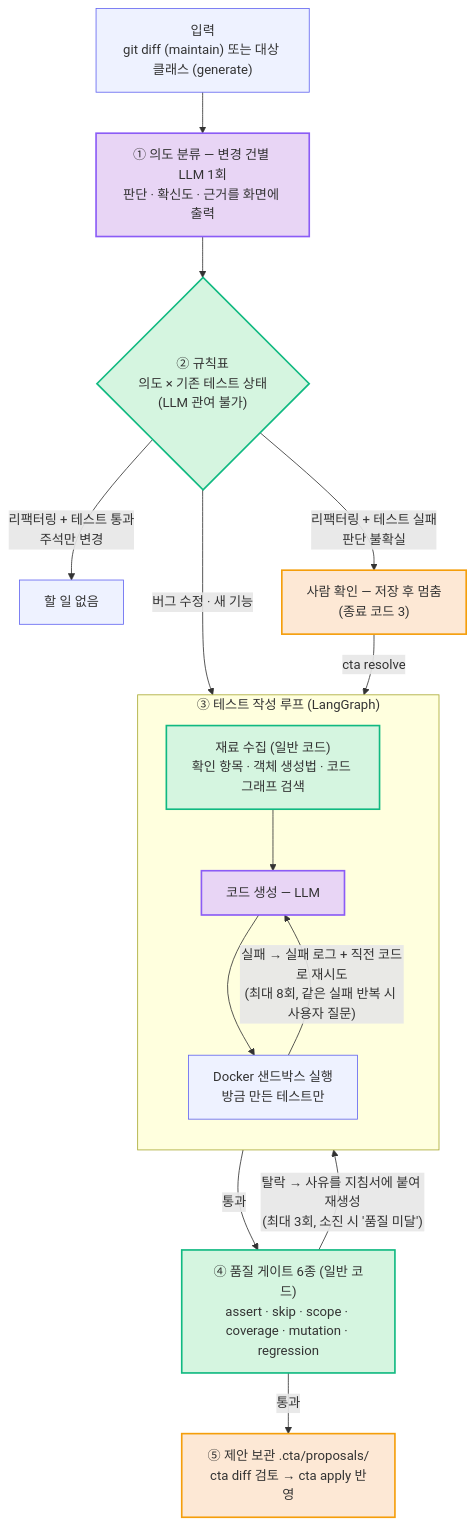
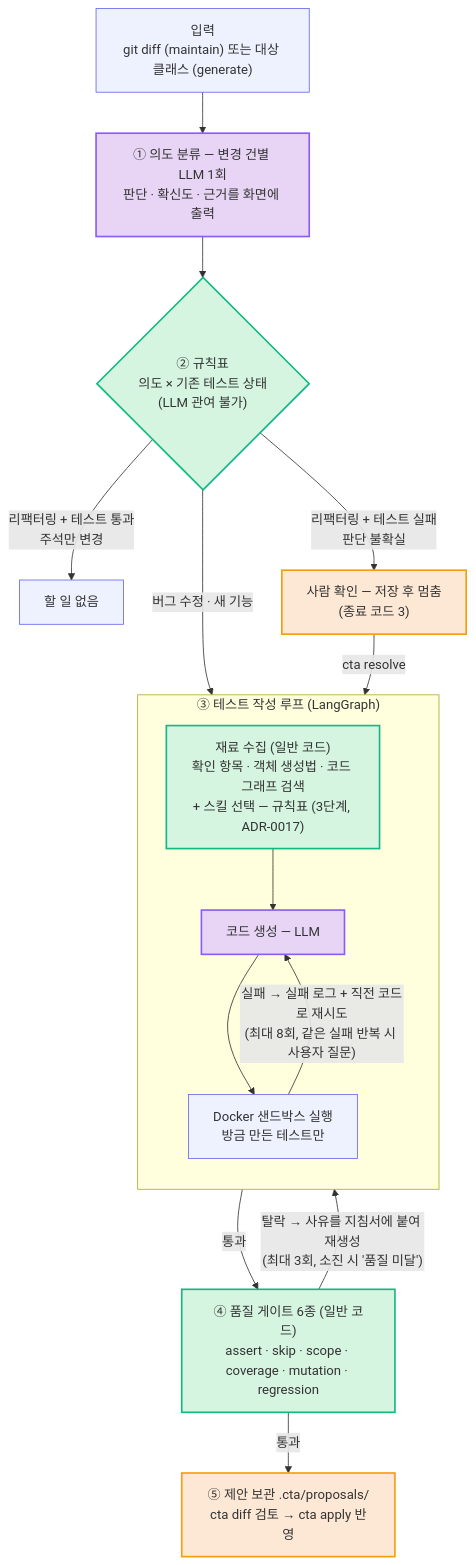
The diagram in docs/제출자료/diagrams/workflow-summary.mmd (parksanghyeop/skax-master-project), drawn with Mermaid before and after one commit. The commit also changed 15 other files, not shown here.

```diff
--- a/docs/제출자료/diagrams/workflow-summary.mmd
+++ b/docs/제출자료/diagrams/workflow-summary.mmd
@@ -1,27 +1,27 @@
 flowchart TD
     IN["입력<br/>git diff (maintain) 또는 대상 클래스 (generate)"] --> CLS["① 의도 분류 — 변경 건별 LLM 1회<br/>판단 · 확신도 · 근거를 화면에 출력"]
     CLS --> DEC{"② 규칙표<br/>의도 × 기존 테스트 상태<br/>(LLM 관여 불가)"}
     DEC -->|"리팩터링 + 테스트 통과<br/>주석만 변경"| NA["할 일 없음"]
     DEC -->|"리팩터링 + 테스트 실패<br/>판단 불확실"| HU["사람 확인 — 저장 후 멈춤<br/>(종료 코드 3)"]
     DEC -->|"버그 수정 · 새 기능"| MAT
     HU -->|"cta resolve"| MAT
 
     subgraph LOOP["③ 테스트 작성 루프 (LangGraph)"]
         direction TB
-        MAT["재료 수집 (일반 코드)<br/>확인 항목 · 객체 생성법 · 코드 그래프 검색"] --> GEN["코드 생성 — LLM"]
+        MAT["재료 수집 (일반 코드)<br/>확인 항목 · 객체 생성법 · 코드 그래프 검색<br/>+ 스킬 선택 — 규칙표 (3단계, ADR-0017)"] --> GEN["코드 생성 — LLM"]
         GEN --> RUN["Docker 샌드박스 실행<br/>방금 만든 테스트만"]
         RUN -->|"실패 → 실패 로그 + 직전 코드로 재시도<br/>(최대 8회, 같은 실패 반복 시 사용자 질문)"| GEN
     end
 
     RUN -->|"통과"| GATE["④ 품질 게이트 6종 (일반 코드)<br/>assert · skip · scope · coverage · mutation · regression"]
     GATE -->|"탈락 → 사유를 지침서에 붙여 재생성<br/>(최대 3회, 소진 시 '품질 미달')"| GEN
     GATE -->|"통과"| OUT["⑤ 제안 보관 .cta/proposals/<br/>cta diff 검토 → cta apply 반영"]
 
     classDef llm fill:#e8d5f5,stroke:#8b5cf6,stroke-width:2px
     classDef human fill:#fde8d5,stroke:#f59e0b,stroke-width:2px
     classDef safe fill:#d5f5e0,stroke:#10b981,stroke-width:2px
     classDef plain fill:#eef2ff,stroke:#6366f1
     class CLS,GEN llm
     class HU,OUT human
     class DEC,GATE,MAT safe
     class IN,NA,RUN plain
```
